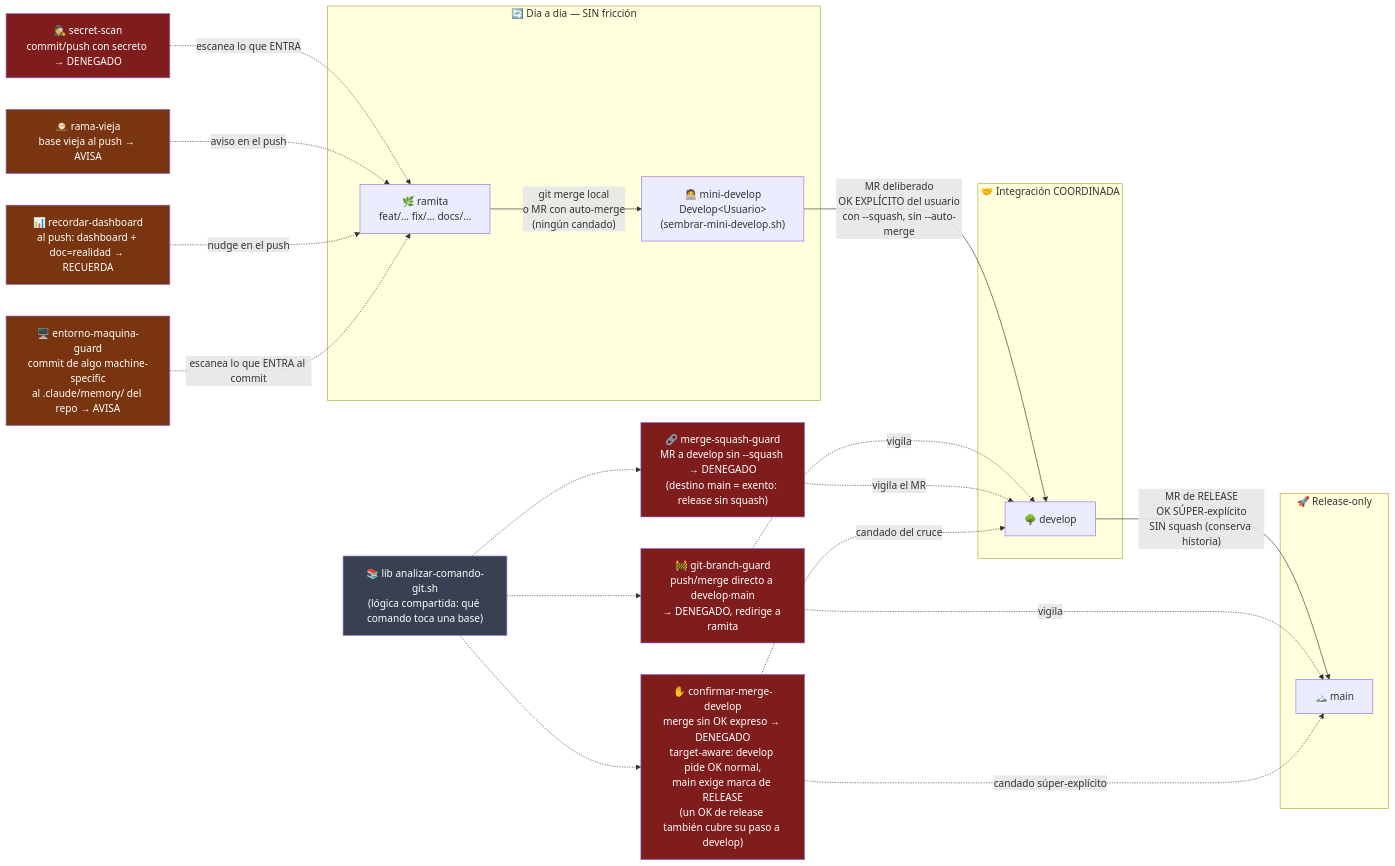
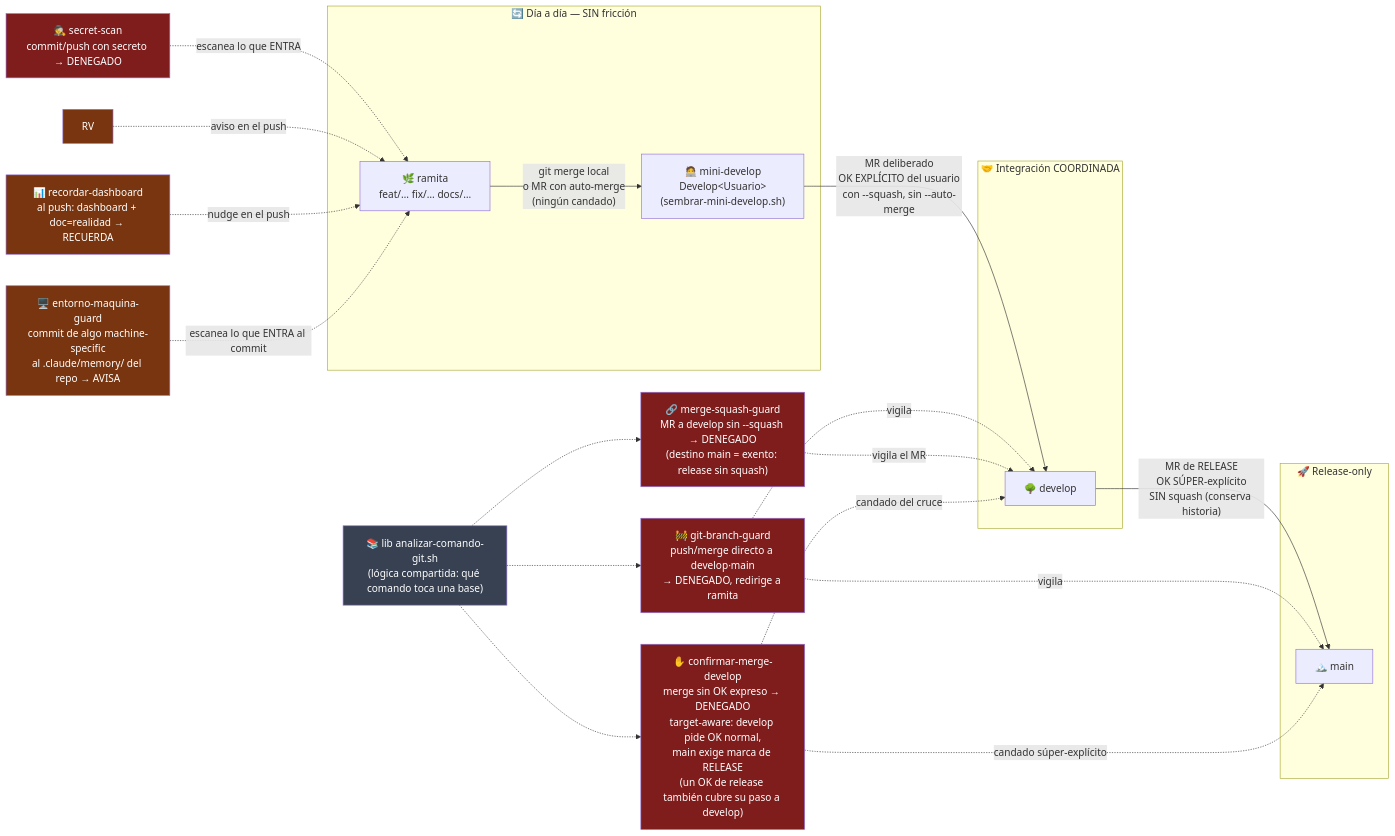
Before and after one commit to unjordi/cortex: the first of 4 diagrams in docs/mapa-cerebro.md, drawn with Mermaid. The commit also changed other lines of this file and 7 other files, not shown here.

````diff
--- a/docs/mapa-cerebro.md
+++ b/docs/mapa-cerebro.md
@@ -24,50 +24,49 @@
 ```mermaid
 flowchart LR
     subgraph dia["🔄 Día a día — SIN fricción"]
         RAMITA["🌿 ramita<br/>feat/… fix/… docs/…"]
         MINI["🧑‍💻 mini-develop<br/>Develop&lt;Usuario&gt;<br/>(sembrar-mini-develop.sh)"]
         RAMITA -->|"git merge local<br/>o MR con auto-merge<br/>(ningún candado)"| MINI
     end
 
     subgraph coordinado["🤝 Integración COORDINADA"]
         DEVELOP["🌳 develop"]
     end
 
     subgraph release["🚀 Release-only"]
         MAIN["🏔️ main"]
     end
 
     MINI -->|"MR deliberado<br/>OK EXPLÍCITO del usuario<br/>con --squash, sin --auto-merge"| DEVELOP
     DEVELOP -->|"MR de RELEASE<br/>OK SÚPER-explícito<br/>SIN squash (conserva historia)"| MAIN
 
     GBG["🚧 git-branch-guard<br/>push/merge directo a develop·main<br/>→ DENEGADO, redirige a ramita"]
     MSG["🔗 merge-squash-guard<br/>MR a develop sin --squash → DENEGADO<br/>(destino main = exento: release sin squash)"]
     CMD["✋ confirmar-merge-develop<br/>merge sin OK expreso → DENEGADO<br/>target-aware: develop pide OK normal,<br/>main exige marca de RELEASE<br/>(un OK de release también cubre su paso a develop)"]
     SS["🕵️ secret-scan<br/>commit/push con secreto → DENEGADO"]
-    RV["🕰️ rama-vieja<br/>base vieja al push → AVISA"]
     RD["📊 recordar-dashboard<br/>al push: dashboard + doc=realidad → RECUERDA"]
     EMG["🖥️ entorno-maquina-guard<br/>commit de algo machine-specific<br/>al .claude/memory/ del repo → AVISA"]
     LIB["📚 lib analizar-comando-git.sh<br/>(lógica compartida: qué comando toca una base)"]
 
     GBG -.->|vigila| DEVELOP
     GBG -.->|vigila| MAIN
     MSG -.->|vigila el MR| DEVELOP
     CMD -.->|candado del cruce| DEVELOP
     CMD -.->|candado súper-explícito| MAIN
     SS -.->|escanea lo que ENTRA| RAMITA
     RV -.->|aviso en el push| RAMITA
     RD -.->|nudge en el push| RAMITA
     EMG -.->|escanea lo que ENTRA al commit| RAMITA
     LIB -.-> GBG
     LIB -.-> MSG
     LIB -.-> CMD
 
     style GBG fill:#7f1d1d,color:#fff
     style MSG fill:#7f1d1d,color:#fff
     style CMD fill:#7f1d1d,color:#fff
     style SS fill:#7f1d1d,color:#fff
     style RV fill:#78350f,color:#fff
     style RD fill:#78350f,color:#fff
     style EMG fill:#78350f,color:#fff
     style LIB fill:#374151,color:#fff
 ```
````
